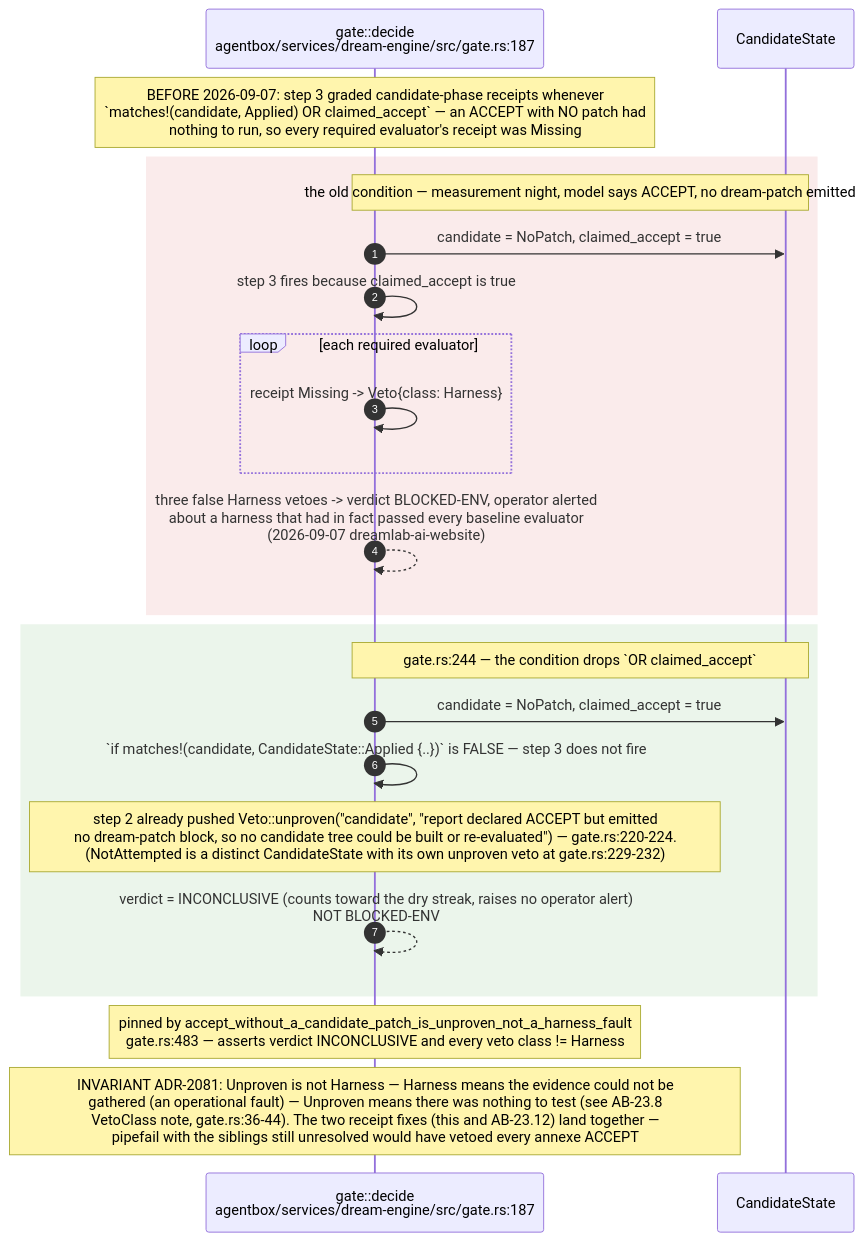
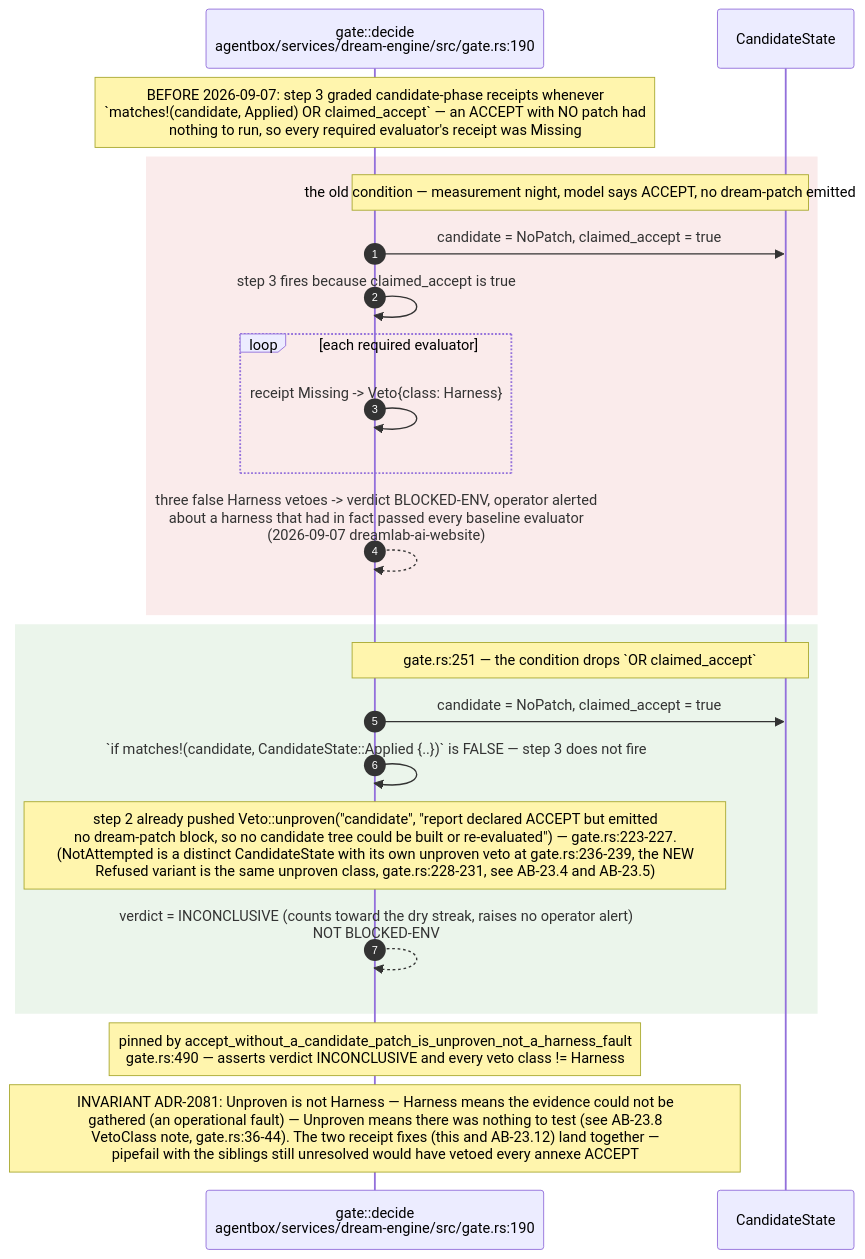
One commit to DreamLab-AI/VisionFlow changed diagram 13 of 18 in docs/diagrams/agentbox/23-dream-engine.md. Above: the diagram before and after it, drawn with Mermaid. The commit also changed other lines of this file and 136 other files, not shown here.

First line of the commit message:
docs(diagrams): refresh the whole corpus to code HEAD and prune low-value diagrams

````diff
--- a/docs/diagrams/agentbox/23-dream-engine.md
+++ b/docs/diagrams/agentbox/23-dream-engine.md
@@ -620,26 +710,26 @@
 ```mermaid
 sequenceDiagram
     autonumber
-    participant G as gate::decide<br/>agentbox/services/dream-engine/src/gate.rs:187
+    participant G as gate::decide<br/>agentbox/services/dream-engine/src/gate.rs:190
     participant C as CandidateState
 
     Note over G: BEFORE 2026-09-07: step 3 graded candidate-phase receipts whenever<br/>`matches!(candidate, Applied) OR claimed_accept` — an ACCEPT with NO patch had<br/>nothing to run, so every required evaluator's receipt was Missing
     rect rgb(250,235,235)
         Note over G,C: the old condition — measurement night, model says ACCEPT, no dream-patch emitted
         G->>C: candidate = NoPatch, claimed_accept = true
         G->>G: step 3 fires because claimed_accept is true
         loop each required evaluator
             G->>G: receipt Missing -> Veto{class: Harness}
         end
         G-->>G: three false Harness vetoes -> verdict BLOCKED-ENV, operator alerted<br/>about a harness that had in fact passed every baseline evaluator<br/>#40;2026-09-07 dreamlab-ai-website#41;
     end
     rect rgb(235,245,235)
-        Note over G,C: gate.rs:244 — the condition drops `OR claimed_accept`
+        Note over G,C: gate.rs:251 — the condition drops `OR claimed_accept`
         G->>C: candidate = NoPatch, claimed_accept = true
         G->>G: `if matches!#40;candidate, CandidateState::Applied {..}#41;` is FALSE — step 3 does not fire
-        Note over G: step 2 already pushed Veto::unproven#40;"candidate", "report declared ACCEPT but emitted<br/>no dream-patch block, so no candidate tree could be built or re-evaluated"#41; — gate.rs:220-224.<br/>#40;NotAttempted is a distinct CandidateState with its own unproven veto at gate.rs:229-232#41;
+        Note over G: step 2 already pushed Veto::unproven#40;"candidate", "report declared ACCEPT but emitted<br/>no dream-patch block, so no candidate tree could be built or re-evaluated"#41; — gate.rs:223-227.<br/>#40;NotAttempted is a distinct CandidateState with its own unproven veto at gate.rs:236-239, the NEW<br/>Refused variant is the same unproven class, gate.rs:228-231, see AB-23.4 and AB-23.5#41;
         G-->>G: verdict = INCONCLUSIVE #40;counts toward the dry streak, raises no operator alert#41;<br/>NOT BLOCKED-ENV
     end
-    Note over G: pinned by accept_without_a_candidate_patch_is_unproven_not_a_harness_fault<br/>gate.rs:483 — asserts verdict INCONCLUSIVE and every veto class != Harness
+    Note over G: pinned by accept_without_a_candidate_patch_is_unproven_not_a_harness_fault<br/>gate.rs:490 — asserts verdict INCONCLUSIVE and every veto class != Harness
     Note over G: INVARIANT ADR-2081: Unproven is not Harness — Harness means the evidence could not be<br/>gathered #40;an operational fault#41; — Unproven means there was nothing to test #40;see AB-23.8<br/>VetoClass note, gate.rs:36-44#41;. The two receipt fixes #40;this and AB-23.12#41; land together —<br/>pipefail with the siblings still unresolved would have vetoed every annexe ACCEPT
 ```
````
